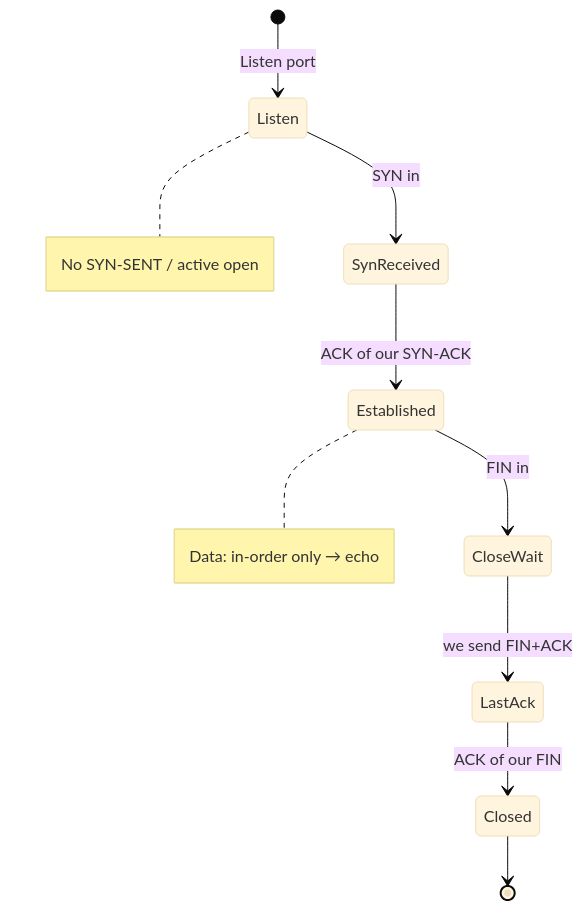
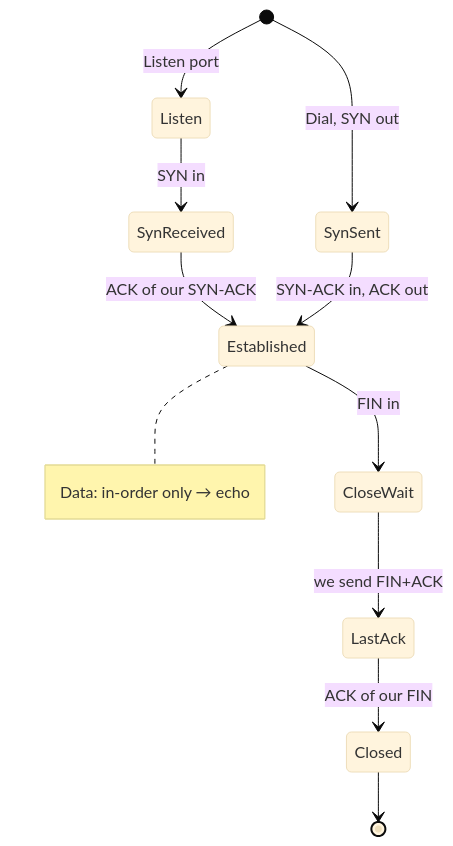
The second of 2 diagrams in IMPLEMENTATION.md (asideofcode/mytcp), drawn with Mermaid (base theme) before and after one commit. The commit also changed other lines of this file and 50 other files, not shown here.

````diff
--- a/IMPLEMENTATION.md
+++ b/IMPLEMENTATION.md
@@ -395,17 +418,16 @@
 ```mermaid
 stateDiagram-v2
   [*] --> Listen: Listen port
+  [*] --> SynSent: Dial, SYN out
   Listen --> SynReceived: SYN in
   SynReceived --> Established: ACK of our SYN-ACK
+  SynSent --> Established: SYN-ACK in, ACK out
   Established --> CloseWait: FIN in
   CloseWait --> LastAck: we send FIN+ACK
   LastAck --> Closed: ACK of our FIN
   Closed --> [*]
 
-  note right of Listen
-    No SYN-SENT / active open
-  end note
   note right of Established
     Data: in-order only → echo
   end note
 ```
````
